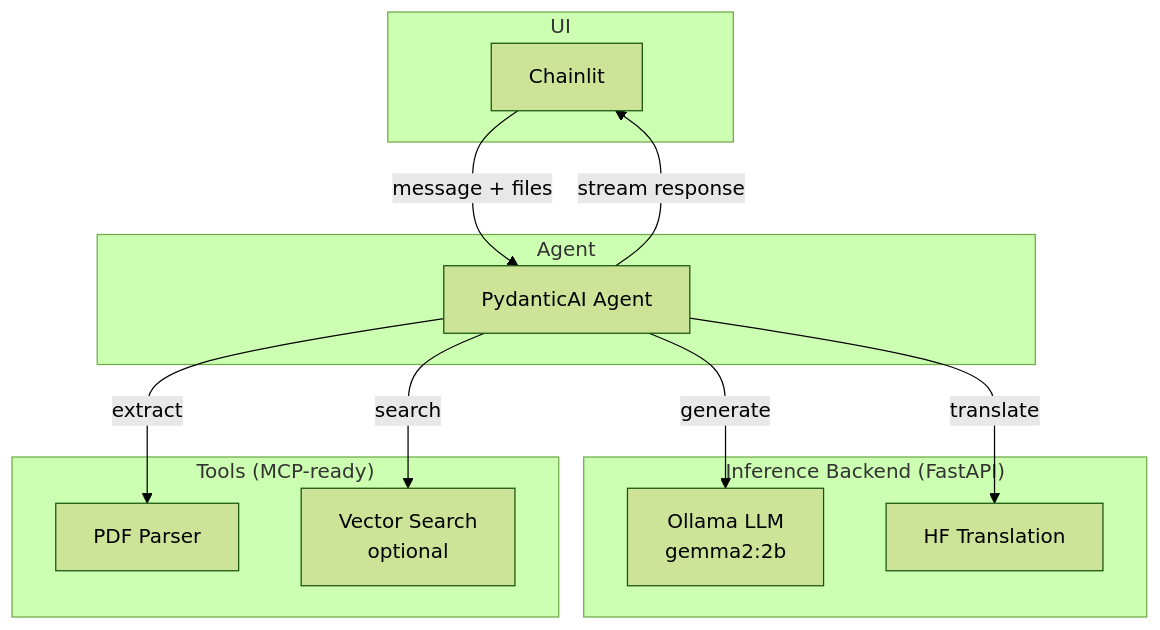
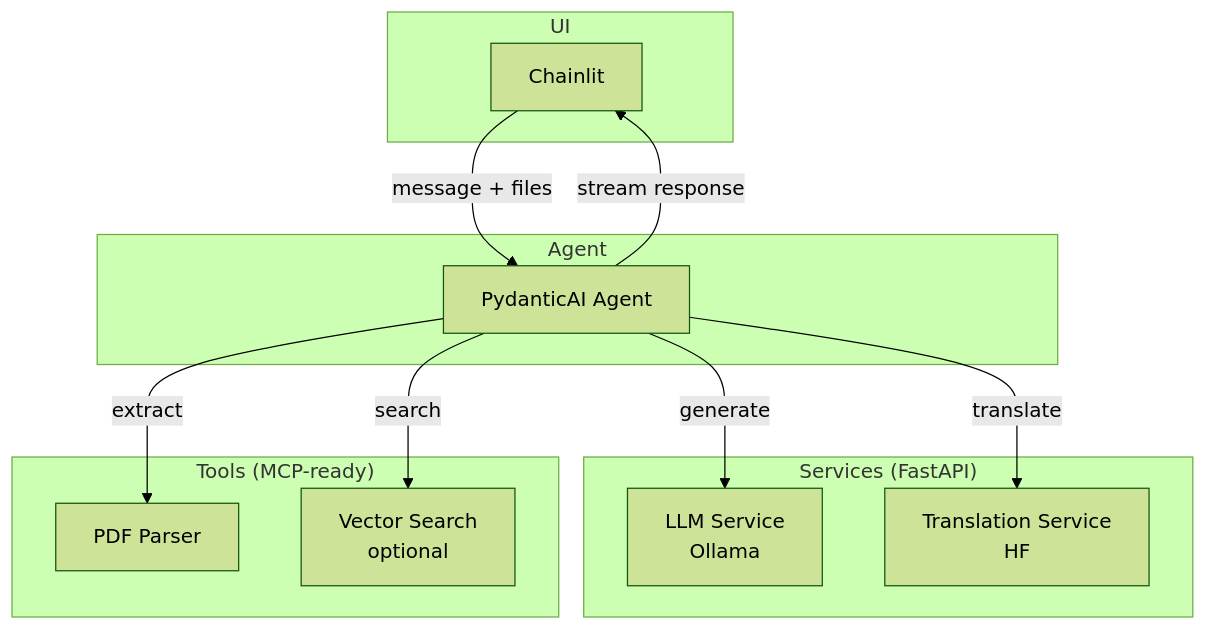
One commit to dallal9/Doc2Agent changed the diagram in docs/architecture.md. Above: the diagram before and after it, drawn with Mermaid (forest theme). The commit also changed other lines of this file and 17 other files, not shown here.

````diff
--- a/docs/architecture.md
+++ b/docs/architecture.md
@@ -9,27 +9,27 @@
 ```mermaid
 flowchart TB
   subgraph UI
     CL[Chainlit]
   end
 
   subgraph Agent
     PA[PydanticAI Agent]
   end
 
-  subgraph Backend["Inference Backend (FastAPI)"]
-    LLM[Ollama LLM<br/>gemma2:2b]
-    TR[HF Translation]
+  subgraph Services["Services (FastAPI)"]
+    LLM[LLM Service<br/>Ollama]
+    TR[Translation Service<br/>HF]
   end
 
   subgraph Tools["Tools (MCP-ready)"]
     PDF[PDF Parser]
     SEARCH[Vector Search<br/>optional]
   end
 
   CL -->|message + files| PA
   PA -->|generate| LLM
   PA -->|translate| TR
   PA -->|extract| PDF
   PA -->|search| SEARCH
   PA -->|stream response| CL
 ```
````
